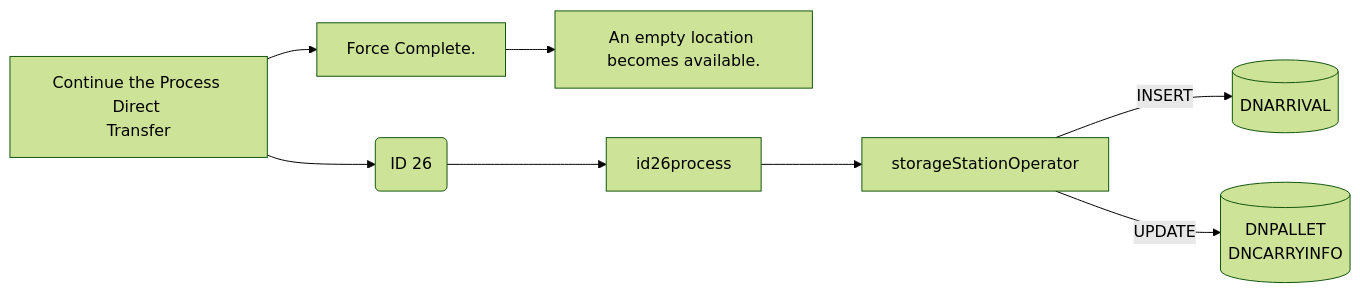
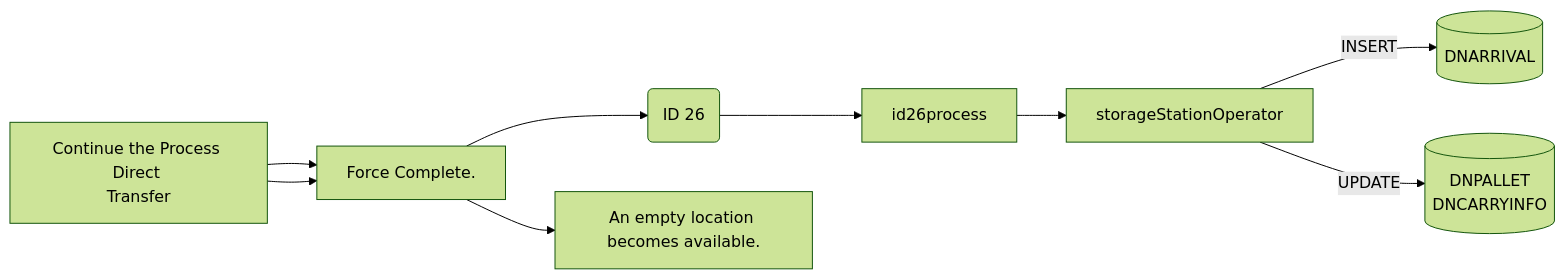
One commit to luthfiadityaa/SimeDarby-Wiki changed diagram 21 of 22 in Basic-Design/DFD-WMS/Storage/Palletizing-Settting/Irregular-Cases.md. Above: the diagram before and after it, drawn with Mermaid (forest theme).

Commit message:
Updated Irregular Cases

```diff
--- a/Basic-Design/DFD-WMS/Storage/Palletizing-Settting/Irregular-Cases.md
+++ b/Basic-Design/DFD-WMS/Storage/Palletizing-Settting/Irregular-Cases.md
@@ -1163,36 +1163,36 @@
 ::: mermaid
 flowchart LR
 
 releaseCommand["
 Continue the Process Direct 
 Transfer
 "]
 
 id26msg("
 ID 26
 ")
 
 id26-insert[("
 DNARRIVAL
 ")]
 
 id26-update[("
 DNPALLET
 DNCARRYINFO
 ")];
 
 releaseCommand2["
 Force Complete.
 "]
 
 releaseCommand3["
 An empty location becomes available. 
 "]
 
 storageStationOperator[storageStationOperator]
 
 releaseCommand-->releaseCommand2-->releaseCommand3
-releaseCommand-->id26msg-->id26process-->storageStationOperator
+releaseCommand-->releaseCommand2-->id26msg-->id26process-->storageStationOperator
 storageStationOperator--> |INSERT| id26-insert
 storageStationOperator--> |UPDATE| id26-update
 :::
```
